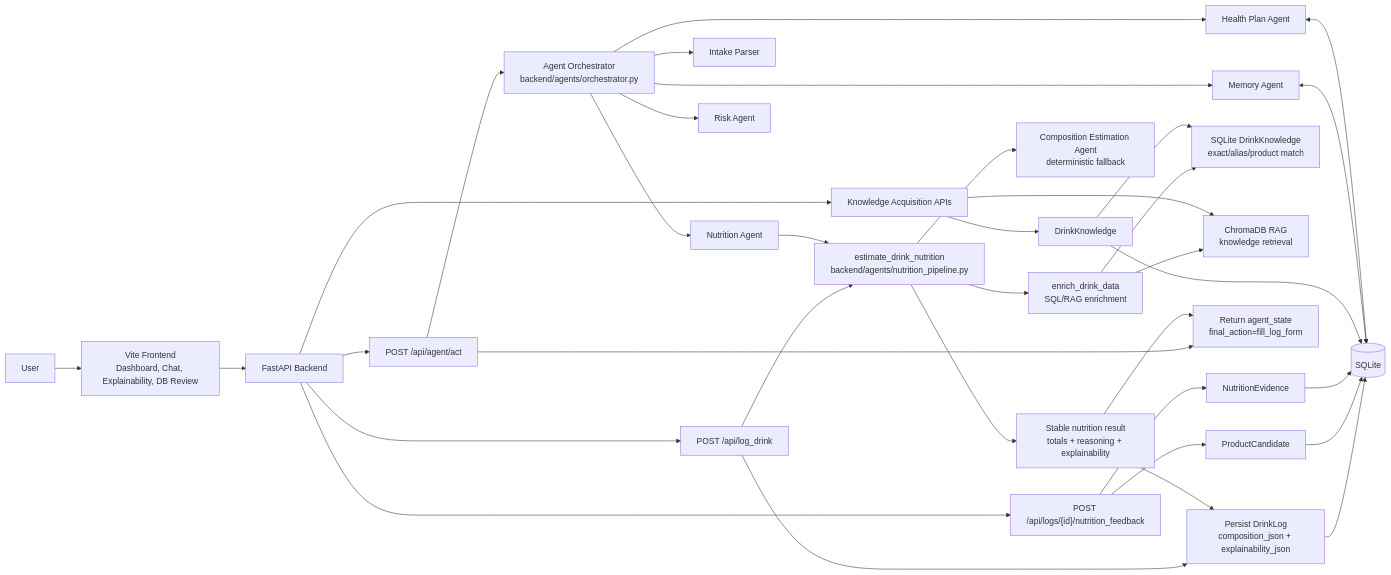
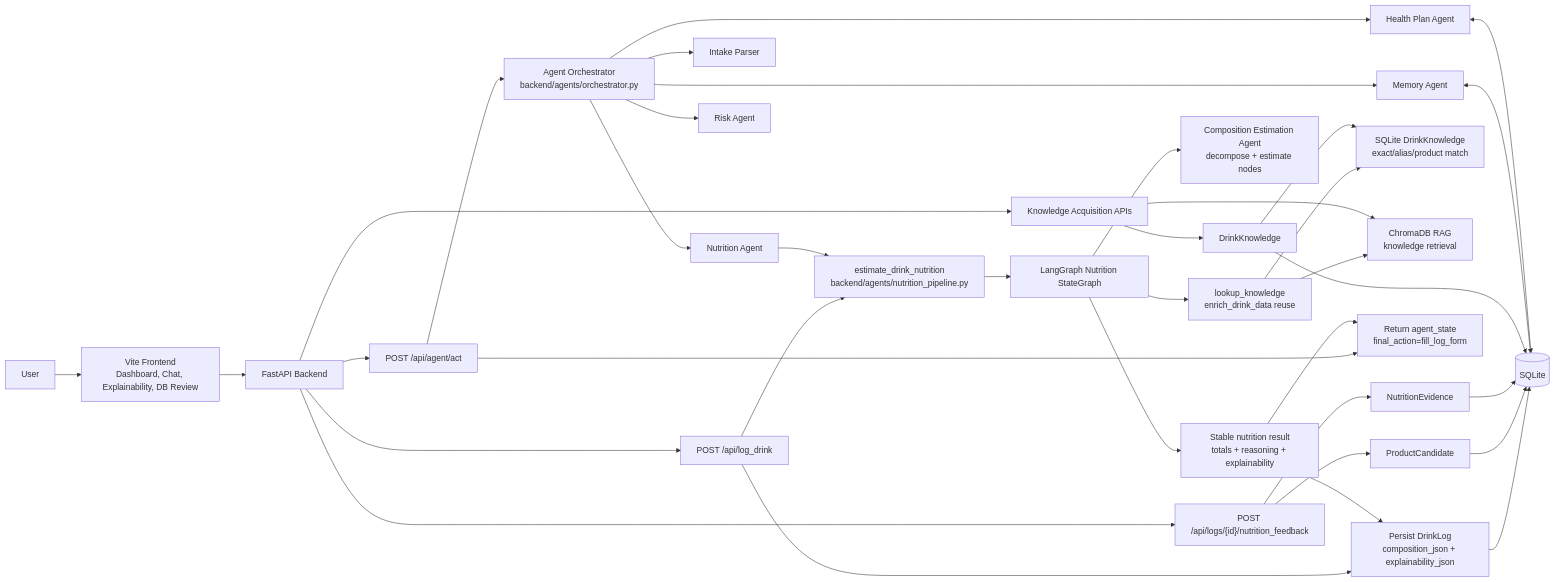
The first of 4 diagrams in docs/architecture.md (Jessiegantang/Caffeine-and-Sugar-Tracker-----), drawn with Mermaid before and after one commit. The commit also changed other lines of this file and 6 other files, not shown here.

Commit message:
3-1 add LangGraph nutrition workflow trace

````diff
--- a/docs/architecture.md
+++ b/docs/architecture.md
@@ -10,45 +10,46 @@
 ```mermaid
 flowchart LR
     User["User"] --> Frontend["Vite Frontend<br/>Dashboard, Chat, Explainability, DB Review"]
     Frontend --> API["FastAPI Backend"]
 
     API --> ManualLog["POST /api/log_drink"]
     API --> AgentAct["POST /api/agent/act"]
     API --> Feedback["POST /api/logs/{id}/nutrition_feedback"]
     API --> Review["Knowledge Acquisition APIs"]
 
     AgentAct --> Orchestrator["Agent Orchestrator<br/>backend/agents/orchestrator.py"]
     Orchestrator --> Intake["Intake Parser"]
     Orchestrator --> NutritionAgent["Nutrition Agent"]
     Orchestrator --> Risk["Risk Agent"]
     Orchestrator --> Memory["Memory Agent"]
     Orchestrator --> Plan["Health Plan Agent"]
 
     ManualLog --> Pipeline["estimate_drink_nutrition<br/>backend/agents/nutrition_pipeline.py"]
     NutritionAgent --> Pipeline
 
-    Pipeline --> Enrichment["enrich_drink_data<br/>SQL/RAG enrichment"]
+    Pipeline --> Graph["LangGraph Nutrition StateGraph"]
+    Graph --> Enrichment["lookup_knowledge<br/>enrich_drink_data reuse"]
     Enrichment --> SQL["SQLite DrinkKnowledge<br/>exact/alias/product match"]
     Enrichment --> RAG["ChromaDB RAG<br/>knowledge retrieval"]
-    Pipeline --> Composition["Composition Estimation Agent<br/>deterministic fallback"]
-    Pipeline --> Result["Stable nutrition result<br/>totals + reasoning + explainability"]
+    Graph --> Composition["Composition Estimation Agent<br/>decompose + estimate nodes"]
+    Graph --> Result["Stable nutrition result<br/>totals + reasoning + explainability"]
 
     ManualLog --> PersistLog["Persist DrinkLog<br/>composition_json + explainability_json"]
     Result --> PersistLog
 
     AgentAct --> Draft["Return agent_state<br/>final_action=fill_log_form"]
     Result --> Draft
 
     Feedback --> Candidate["ProductCandidate"]
     Feedback --> Evidence["NutritionEvidence"]
     Review --> Knowledge["DrinkKnowledge"]
     Knowledge --> SQL
     Review --> RAG
 
     PersistLog --> DB[("SQLite")]
     Candidate --> DB
     Evidence --> DB
     Knowledge --> DB
     Memory <--> DB
     Plan <--> DB
 ```
````
